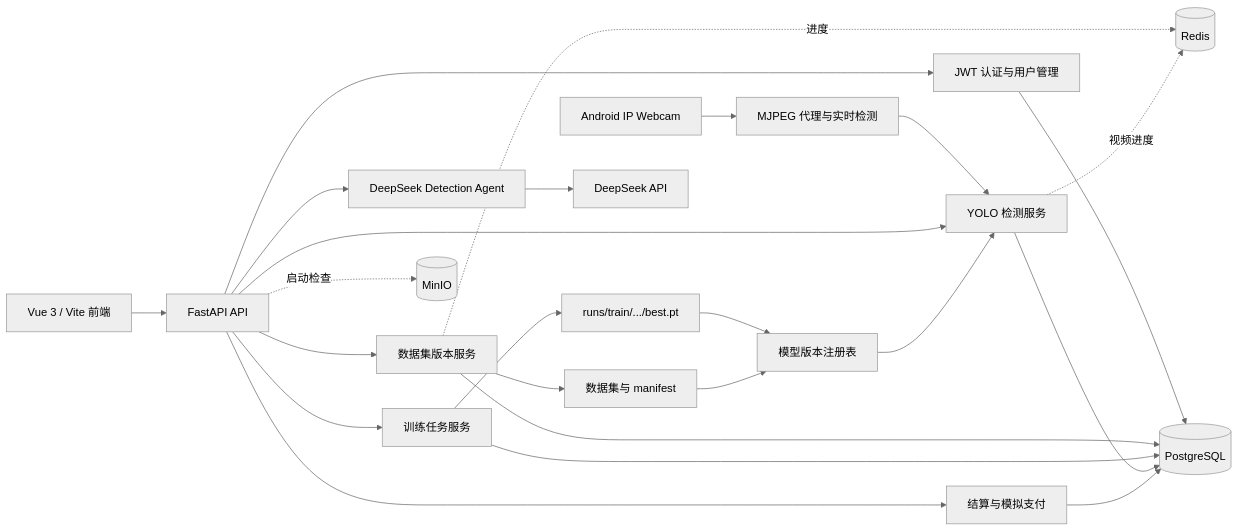
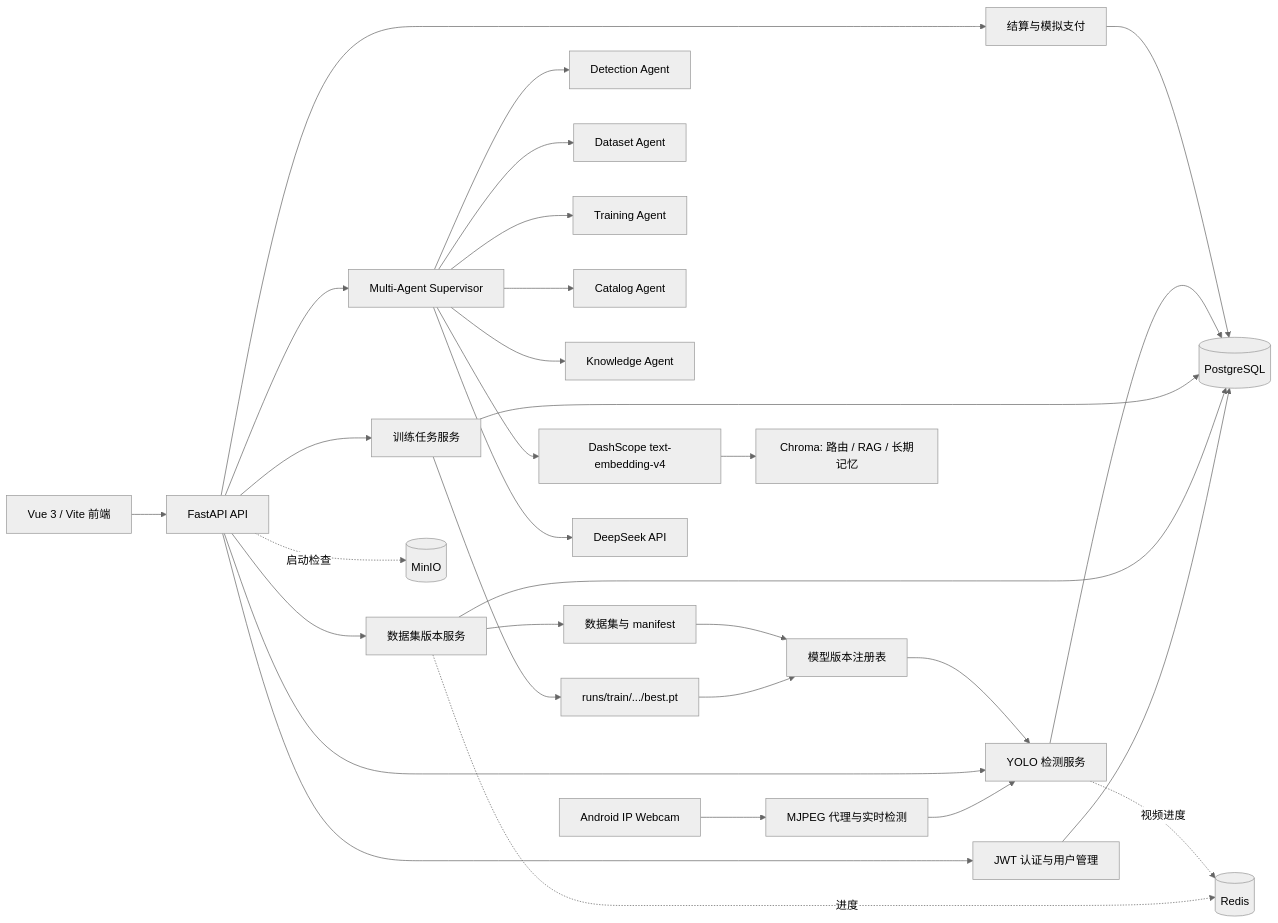
The first of 2 diagrams in README.md (Azar233/agent-platform), drawn with Mermaid (neutral theme) before and after one commit. The commit also changed other lines of this file and 15 other files, not shown here.

Commit message:
Refine multi-agent routing and dataset handoff flow

````diff
--- a/README.md
+++ b/README.md
@@ -66,26 +91,33 @@
 ```mermaid
 flowchart LR
     Browser["Vue 3 / Vite 前端"] --> API["FastAPI API"]
     Phone["Android IP Webcam"] --> Camera["MJPEG 代理与实时检测"]
     Camera --> Detection["YOLO 检测服务"]
     API --> Auth["JWT 认证与用户管理"]
     API --> Dataset["数据集版本服务"]
     API --> Training["训练任务服务"]
     API --> Detection
     API --> Checkout["结算与模拟支付"]
-    API --> Agent["DeepSeek Detection Agent"]
+    API --> Supervisor["Multi-Agent Supervisor"]
+    Supervisor --> DetectionAgent["Detection Agent"]
+    Supervisor --> DatasetAgent["Dataset Agent"]
+    Supervisor --> TrainingAgent["Training Agent"]
+    Supervisor --> CatalogAgent["Catalog Agent"]
+    Supervisor --> KnowledgeAgent["Knowledge Agent"]
     Dataset --> Files["数据集与 manifest"]
     Training --> Models["runs/train/.../best.pt"]
     Models --> Registry["模型版本注册表"]
     Files --> Registry
     Registry --> Detection
     Auth --> PostgreSQL[(PostgreSQL)]
     Dataset --> PostgreSQL
     Training --> PostgreSQL
     Detection --> PostgreSQL
     Checkout --> PostgreSQL
     Dataset -.进度.-> Redis[(Redis)]
     Detection -.视频进度.-> Redis
     API -.启动检查.-> MinIO[(MinIO)]
-    Agent --> DeepSeek["DeepSeek API"]
+    Supervisor --> DeepSeek["DeepSeek API"]
+    Supervisor --> DashScope["DashScope text-embedding-v4"]
+    DashScope --> Chroma["Chroma: 路由 / RAG / 长期记忆"]
 ```
````
